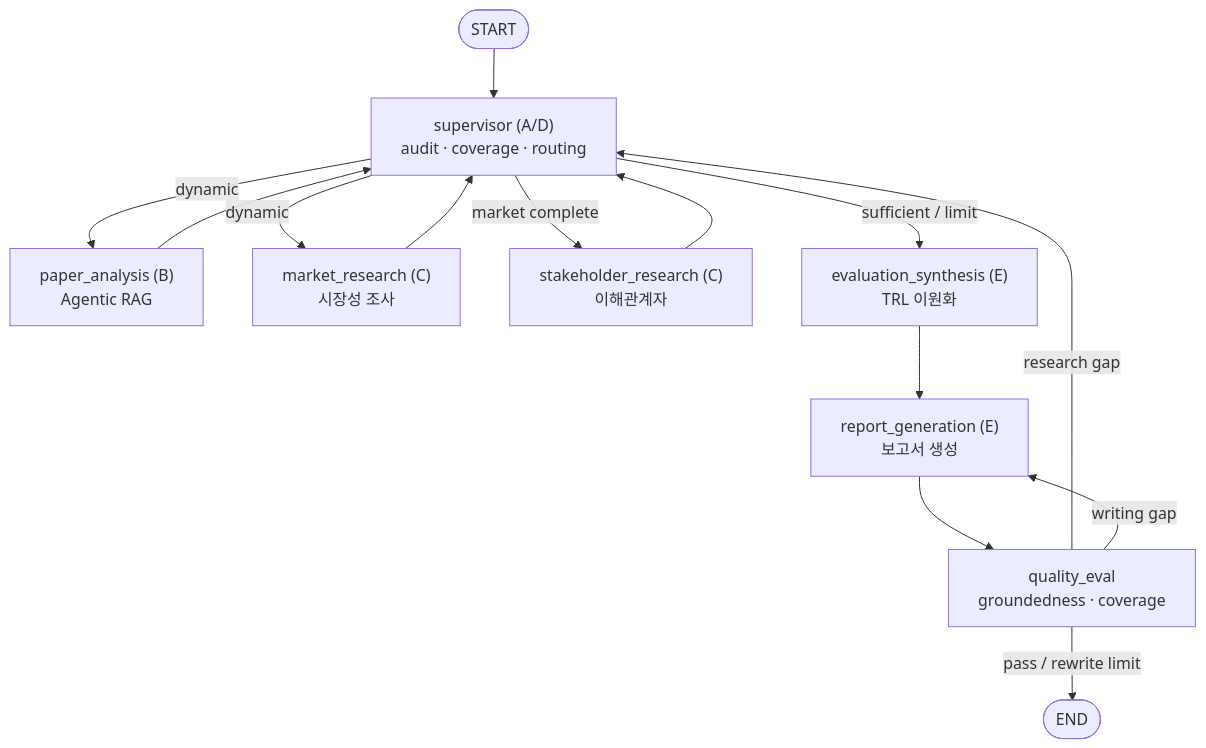
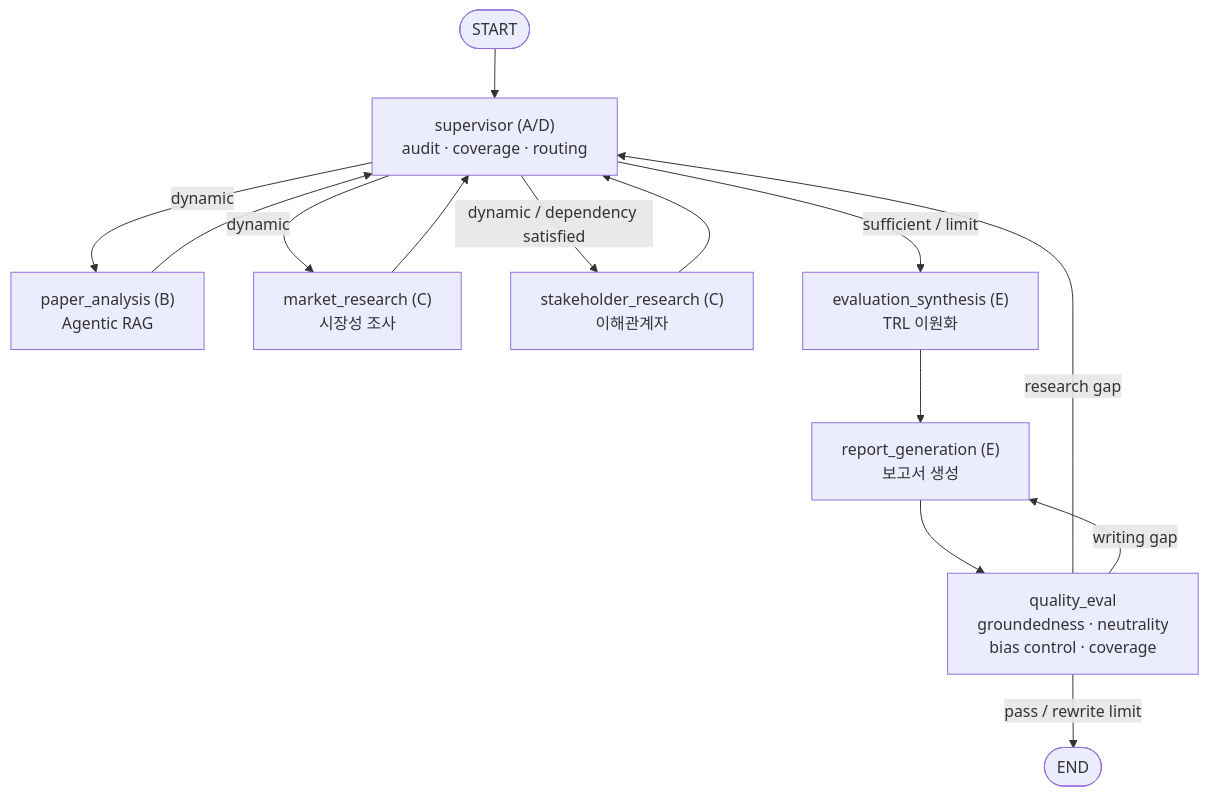
Before and after one commit to DevDAN09/skala-langgraph-team3: the diagram in README.md, drawn with Mermaid. The commit also changed other lines of this file and 5 other files, not shown here.

````diff
--- a/README.md
+++ b/README.md
@@ -70,16 +73,16 @@
 ```mermaid
 flowchart TD
     START([START]) --> supervisor["supervisor (A/D)<br/>audit · coverage · routing"]
     supervisor -->|dynamic| paper_analysis["paper_analysis (B)<br/>Agentic RAG"]
     supervisor -->|dynamic| market_research["market_research (C)<br/>시장성 조사"]
-    supervisor -->|market complete| stakeholder_research["stakeholder_research (C)<br/>이해관계자"]
+    supervisor -->|dynamic / dependency satisfied| stakeholder_research["stakeholder_research (C)<br/>이해관계자"]
     paper_analysis --> supervisor
     market_research --> supervisor
     stakeholder_research --> supervisor
     supervisor -->|sufficient / limit| evaluation_synthesis["evaluation_synthesis (E)<br/>TRL 이원화"]
     evaluation_synthesis --> report_generation["report_generation (E)<br/>보고서 생성"]
-    report_generation --> quality_eval["quality_eval<br/>groundedness · coverage"]
+    report_generation --> quality_eval["quality_eval<br/>groundedness · neutrality<br/>bias control · coverage"]
     quality_eval -->|research gap| supervisor
     quality_eval -->|writing gap| report_generation
     quality_eval -->|pass / rewrite limit| END([END])
 ```
````
